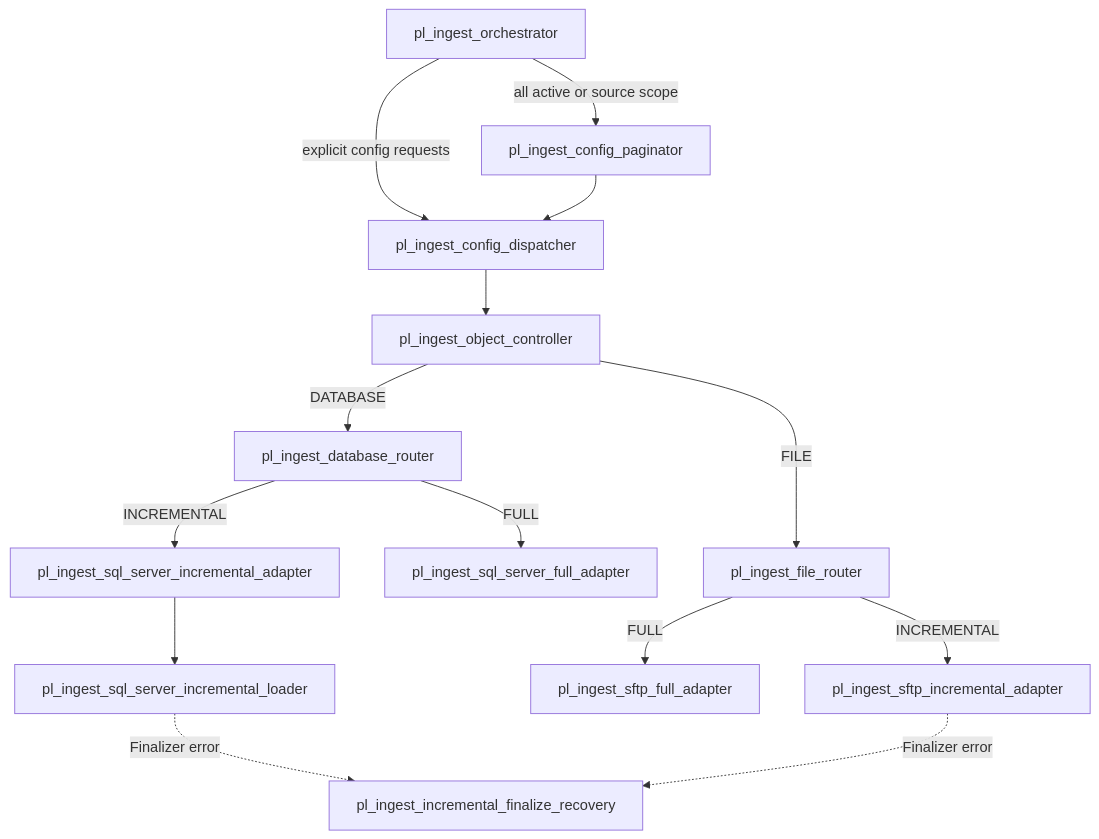
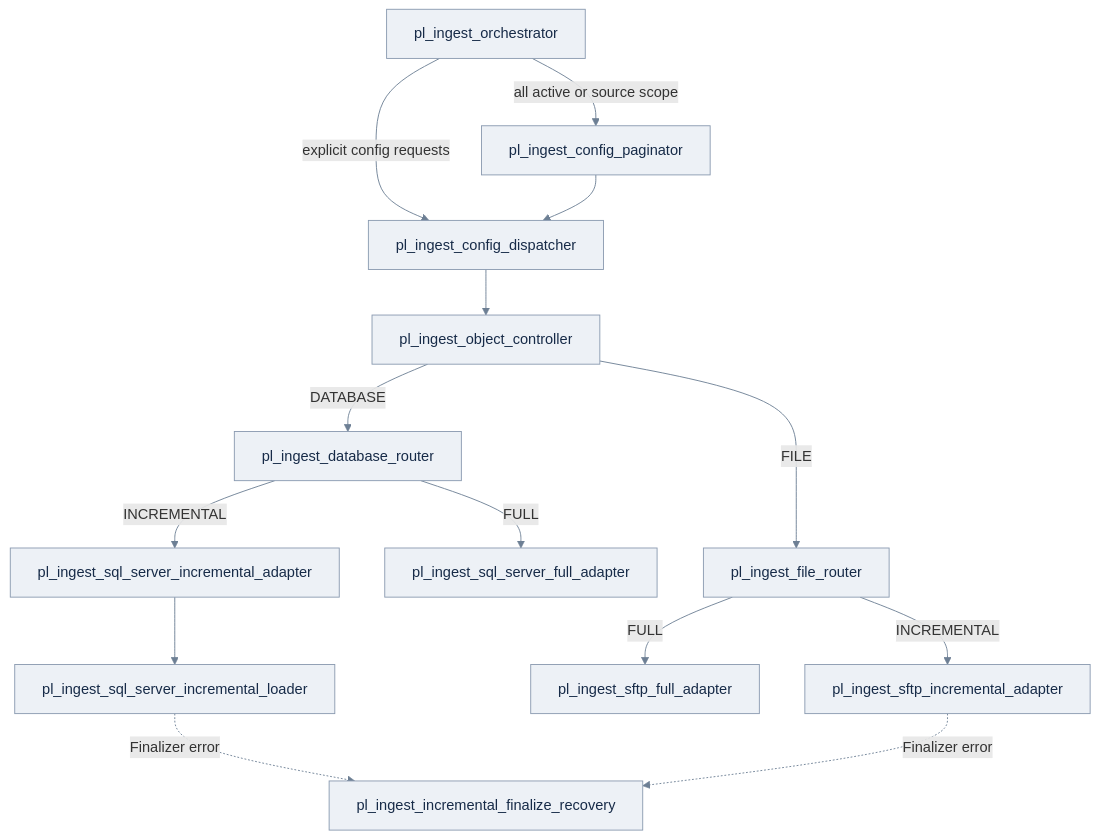
One commit to getnkit/fabric-metadata-driven-pipelines changed the first of 2 diagrams in docs/architecture/framework-overview.md. Above: the diagram before and after it, drawn with Mermaid. The commit also changed other lines of this file and 9 other files, not shown here.

Commit message:
docs: refine content relevance and mermaid styling

````diff
--- a/docs/architecture/framework-overview.md
+++ b/docs/architecture/framework-overview.md
@@ -17,17 +17,20 @@
 ```mermaid
 flowchart TD
   A["pl_ingest_orchestrator"]
   A -->|all active or source scope| P["pl_ingest_config_paginator"]
   A -->|explicit config requests| D["pl_ingest_config_dispatcher"]
   P --> D
   D --> C["pl_ingest_object_controller"]
   C -->|DATABASE| DR["pl_ingest_database_router"]
   C -->|FILE| FR["pl_ingest_file_router"]
   DR -->|FULL| SF["pl_ingest_sql_server_full_adapter"]
   DR -->|INCREMENTAL| SI["pl_ingest_sql_server_incremental_adapter"]
   SI --> SL["pl_ingest_sql_server_incremental_loader"]
   FR -->|FULL| FF["pl_ingest_sftp_full_adapter"]
   FR -->|INCREMENTAL| FI["pl_ingest_sftp_incremental_adapter"]
   SL -.->|Finalizer error| REC["pl_ingest_incremental_finalize_recovery"]
   FI -.->|Finalizer error| REC
+
+  classDef default fill:#edf1f6,stroke:#8a9ab0,color:#172b48
+  linkStyle default stroke:#6d7f94
 ```
````
